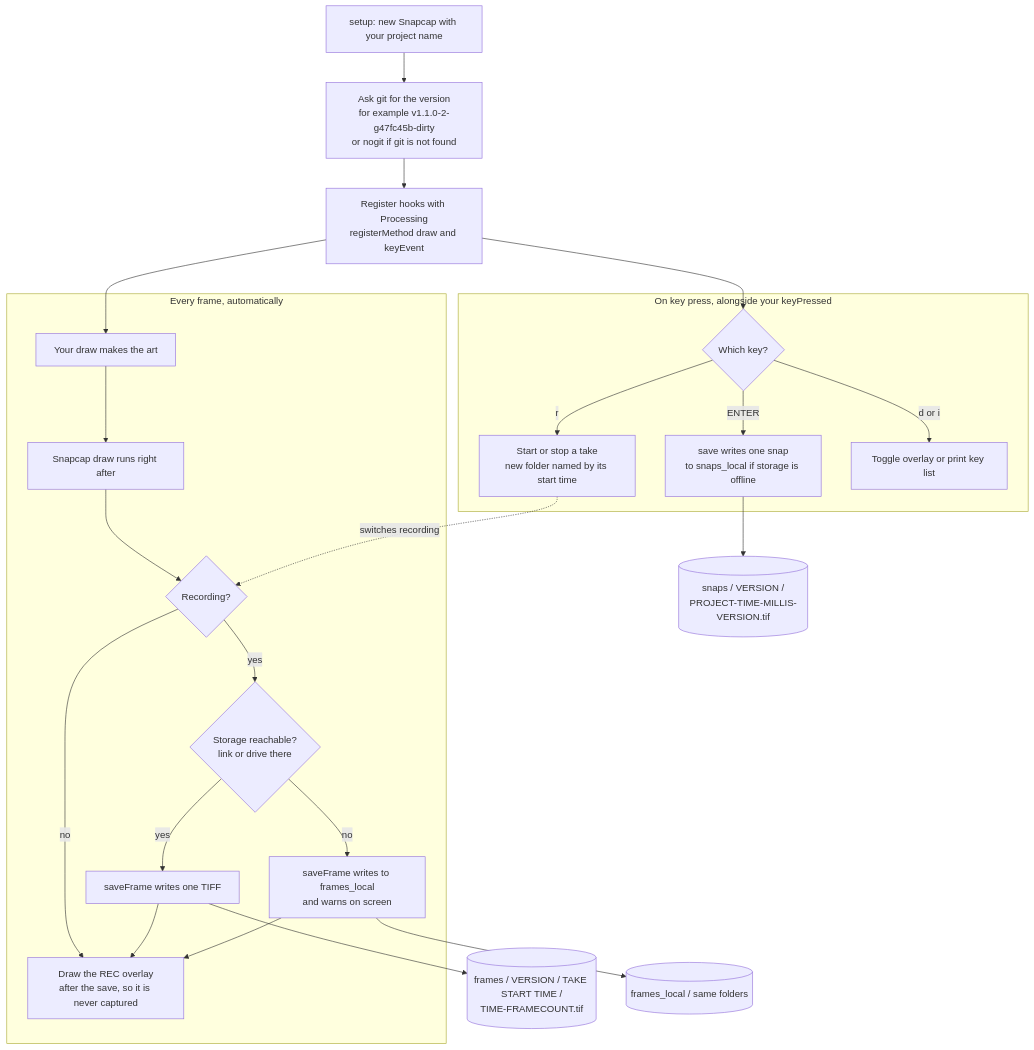
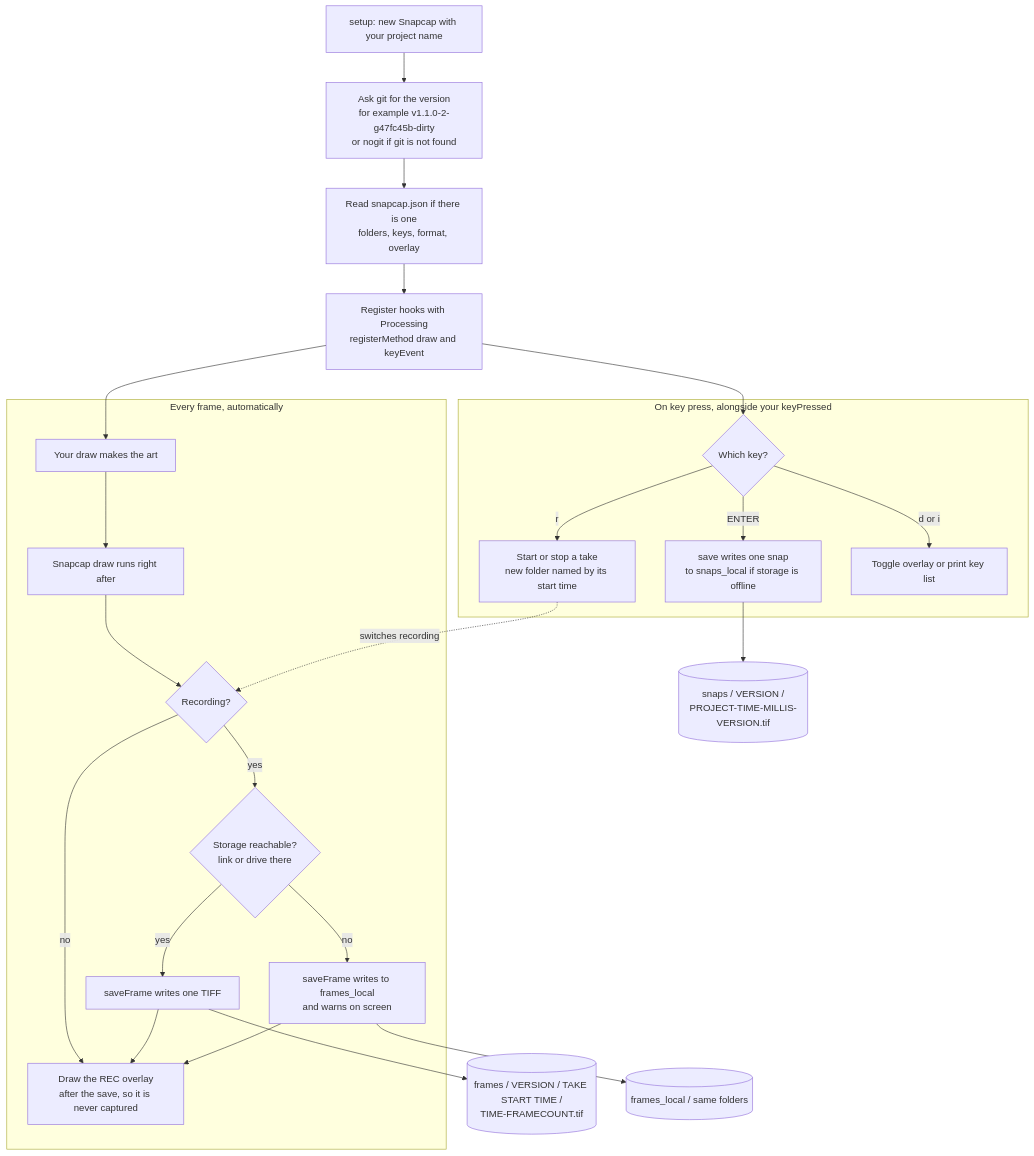
The diagram in docs/diagrams/how-it-works.mmd (jaycody/snapcap), drawn with Mermaid before and after one commit. The commit also changed 11 other files, not shown here.

First line of the commit message:
Add snapcap.json settings, written by snap_new_project

```diff
--- a/docs/diagrams/how-it-works.mmd
+++ b/docs/diagrams/how-it-works.mmd
@@ -1,29 +1,30 @@
 flowchart TD
     A["setup: new Snapcap with your project name"] --> G["Ask git for the version<br/>for example v1.1.0-2-g47fc45b-dirty<br/>or nogit if git is not found"]
-    G --> R["Register hooks with Processing<br/>registerMethod draw and keyEvent"]
+    G --> CF["Read snapcap.json if there is one<br/>folders, keys, format, overlay"]
+    CF --> R["Register hooks with Processing<br/>registerMethod draw and keyEvent"]
 
     subgraph EVERY ["Every frame, automatically"]
         D1["Your draw makes the art"] --> D2["Snapcap draw runs right after"]
         D2 --> Q{"Recording?"}
         Q -->|yes| ST{"Storage reachable?<br/>link or drive there"}
         ST -->|yes| SF["saveFrame writes one TIFF"]
         ST -->|no| SL["saveFrame writes to frames_local<br/>and warns on screen"]
         Q -->|no| OV["Draw the REC overlay<br/>after the save, so it is never captured"]
         SF --> OV
         SL --> OV
     end
 
     subgraph KEYS ["On key press, alongside your keyPressed"]
         K{"Which key?"}
         K -->|r| T["Start or stop a take<br/>new folder named by its start time"]
         K -->|ENTER| S["save writes one snap<br/>to snaps_local if storage is offline"]
         K -->|d or i| H["Toggle overlay or print key list"]
     end
 
     R --> D1
     R --> K
     T -.->|switches recording| Q
 
     SF --> FR[("frames / VERSION / TAKE START TIME /<br/>TIME-FRAMECOUNT.tif")]
     SL --> FL[("frames_local / same folders")]
     S --> SN[("snaps / VERSION /<br/>PROJECT-TIME-MILLIS-VERSION.tif")]
```
